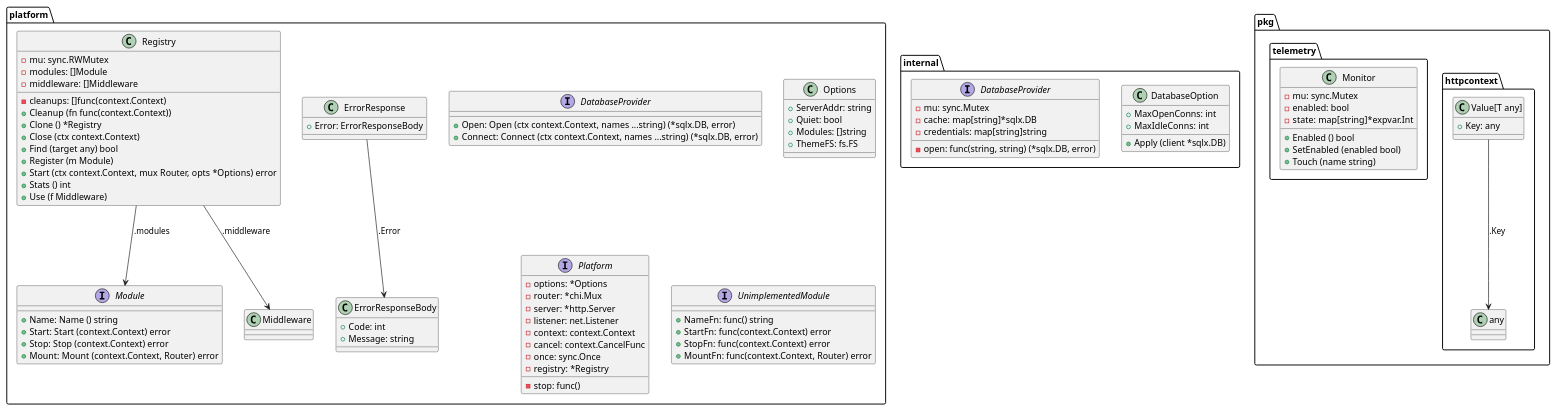
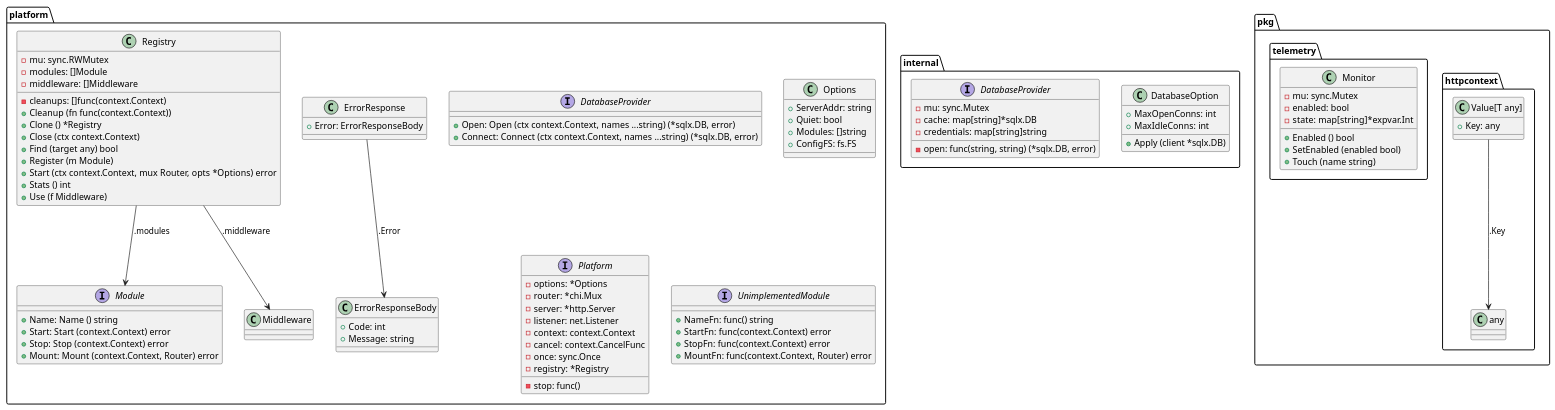
Before and after one commit to titpetric/platform: the diagram in docs/structure.puml, drawn with PlantUML. The commit also changed 3 other files, not shown here.

Commit message:
Rename ThemeFS to ConfigFS (naming)

```diff
--- a/docs/structure.puml
+++ b/docs/structure.puml
@@ -1,108 +1,108 @@
 @startuml
 
 class "internal.DatabaseOption" {
   + MaxOpenConns: int
   + MaxIdleConns: int
   + Apply (client *sqlx.DB)
 }
 
 interface "internal.DatabaseProvider" {
   - open: func(string, string) (*sqlx.DB, error)
   - mu: sync.Mutex
   - cache: map[string]*sqlx.DB
   - credentials: map[string]string
 }
 
 class "pkg.httpcontext.Value[T any]" {
   + Key: any
 }
 
 class "pkg.telemetry.Monitor" {
   - mu: sync.Mutex
   - enabled: bool
   - state: map[string]*expvar.Int
   + Enabled () bool
   + SetEnabled (enabled bool)
   + Touch (name string)
 }
 
 interface "platform.DatabaseProvider" {
   + Open: Open (ctx context.Context, names ...string) (*sqlx.DB, error)
   + Connect: Connect (ctx context.Context, names ...string) (*sqlx.DB, error)
 }
 
 class "platform.ErrorResponse" {
   + Error: ErrorResponseBody
 }
 
 class "platform.ErrorResponseBody" {
   + Code: int
   + Message: string
 }
 
 interface "platform.Module" {
   + Name: Name () string
   + Start: Start (context.Context) error
   + Stop: Stop (context.Context) error
   + Mount: Mount (context.Context, Router) error
 }
 
 class "platform.Options" {
   + ServerAddr: string
   + Quiet: bool
   + Modules: []string
-  + ThemeFS: fs.FS
+  + ConfigFS: fs.FS
 }
 
 interface "platform.Platform" {
   - options: *Options
   - router: *chi.Mux
   - server: *http.Server
   - listener: net.Listener
   - context: context.Context
   - cancel: context.CancelFunc
   - stop: func()
   - once: sync.Once
   - registry: *Registry
 }
 
 class "platform.Registry" {
   - mu: sync.RWMutex
   - modules: []Module
   - middleware: []Middleware
   - cleanups: []func(context.Context)
   + Cleanup (fn func(context.Context))
   + Clone () *Registry
   + Close (ctx context.Context)
   + Find (target any) bool
   + Register (m Module)
   + Start (ctx context.Context, mux Router, opts *Options) error
   + Stats () int
   + Use (f Middleware)
 }
 
 interface "platform.UnimplementedModule" {
   + NameFn: func() string
   + StartFn: func(context.Context) error
   + StopFn: func(context.Context) error
   + MountFn: func(context.Context, Router) error
 }
 
 
 
 "pkg.httpcontext.Value[T any]" --> "pkg.httpcontext.any" : .Key
 
 
 
 "platform.ErrorResponse" --> "platform.ErrorResponseBody" : .Error
 
 
 
 
 
 "platform.Registry" --> "platform.Module" : .modules
 "platform.Registry" --> "platform.Middleware" : .middleware
 
 
 
 @enduml
```
